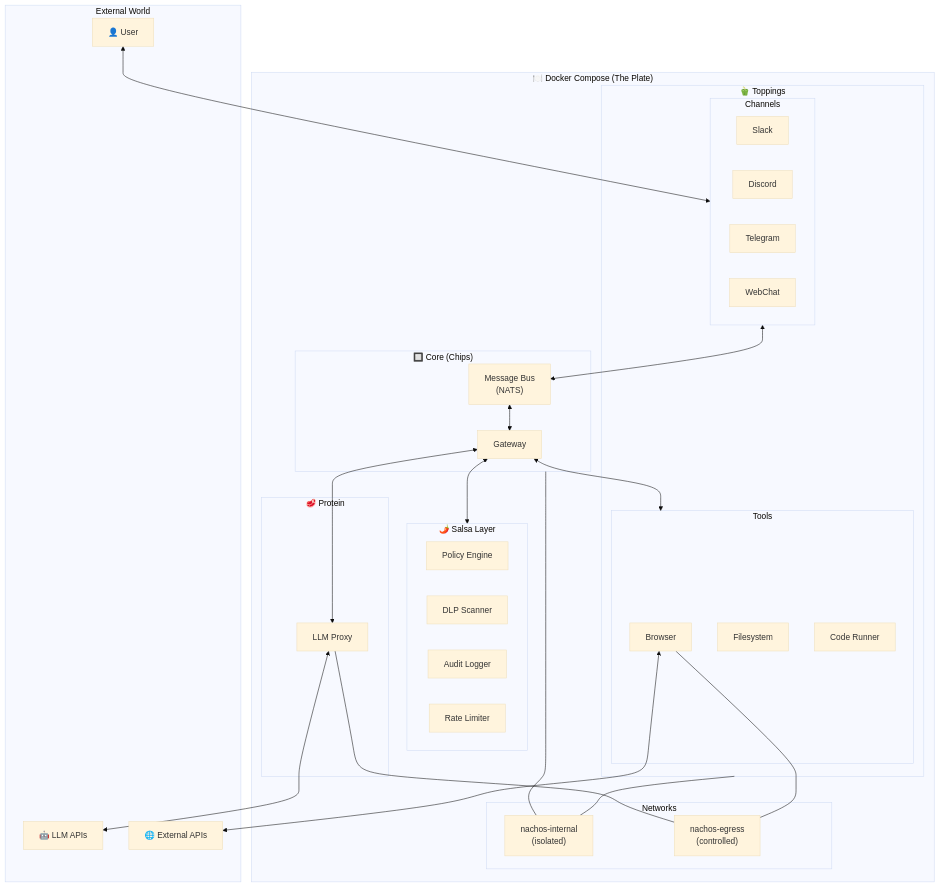
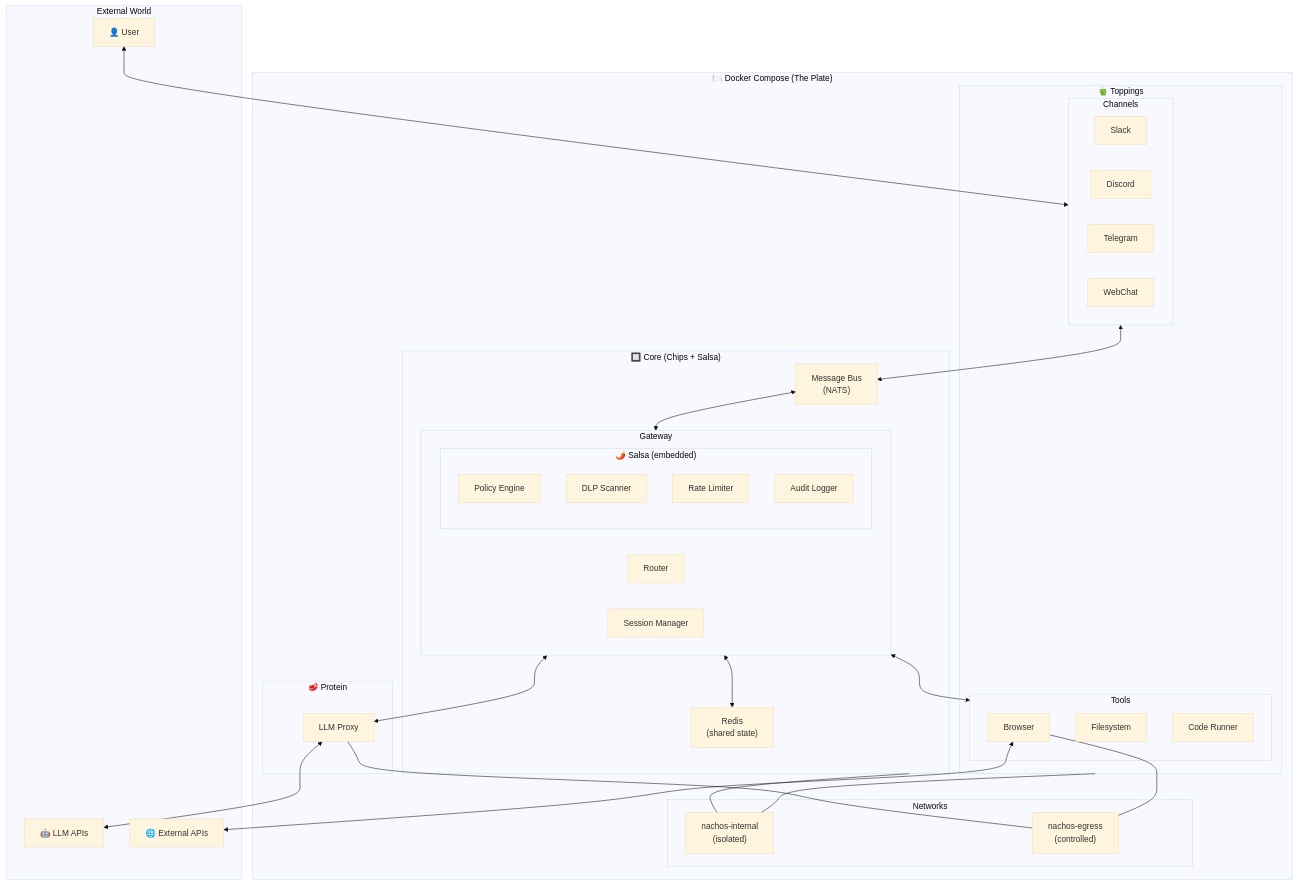
One commit to Nacho-Labs-LLC/nachos changed the first of 10 diagrams in docs/architecture.md. Above: the diagram before and after it, drawn with Mermaid (base theme). The commit also changed other lines of this file and 12 other files, not shown here.

First line of the commit message:
feat(gateway): integrate DLP security layer with nachos-dlp v1.0.0

````diff
--- a/docs/architecture.md
+++ b/docs/architecture.md
@@ -16,59 +16,62 @@
 ```mermaid
 flowchart TB
     subgraph External["External World"]
         User["👤 User"]
         LLM["🤖 LLM APIs"]
         ExtAPI["🌐 External APIs"]
     end
 
     subgraph DockerCompose["🍽️ Docker Compose (The Plate)"]
-        subgraph Salsa["🌶️ Salsa Layer"]
-            Policy["Policy Engine"]
-            DLP["DLP Scanner"]
-            Audit["Audit Logger"]
-            RateLimit["Rate Limiter"]
-        end
-
-        subgraph Core["🔲 Core (Chips)"]
-            Gateway["Gateway"]
+        subgraph Core["🔲 Core (Chips + Salsa)"]
+            subgraph GatewayBox["Gateway"]
+                Router["Router"]
+                SessionMgr["Session Manager"]
+                subgraph SalsaEmbed["🌶️ Salsa (embedded)"]
+                    Policy["Policy Engine"]
+                    DLP["DLP Scanner"]
+                    RateLimit["Rate Limiter"]
+                    Audit["Audit Logger"]
+                end
+            end
             Bus["Message Bus<br/>(NATS)"]
+            Redis["Redis<br/>(shared state)"]
         end
 
         subgraph Protein["🥩 Protein"]
             LLMProxy["LLM Proxy"]
         end
 
         subgraph Toppings["🫑 Toppings"]
             subgraph Channels["Channels"]
                 Slack["Slack"]
                 Discord["Discord"]
                 Telegram["Telegram"]
                 WebChat["WebChat"]
             end
             subgraph Tools["Tools"]
                 Browser["Browser"]
                 FileSystem["Filesystem"]
                 CodeRunner["Code Runner"]
             end
         end
 
         subgraph Networks["Networks"]
             Internal["nachos-internal<br/>(isolated)"]
             Egress["nachos-egress<br/>(controlled)"]
         end
     end
 
     User <--> Channels
     Channels <--> Bus
-    Bus <--> Gateway
-    Gateway <--> Salsa
-    Gateway <--> LLMProxy
-    Gateway <--> Tools
+    Bus <--> GatewayBox
+    GatewayBox <--> Redis
+    GatewayBox <--> LLMProxy
+    GatewayBox <--> Tools
     LLMProxy <--> LLM
     Browser <--> ExtAPI
 
     Core --- Internal
     Toppings --- Internal
     LLMProxy --- Egress
     Browser --- Egress
 ```
````
